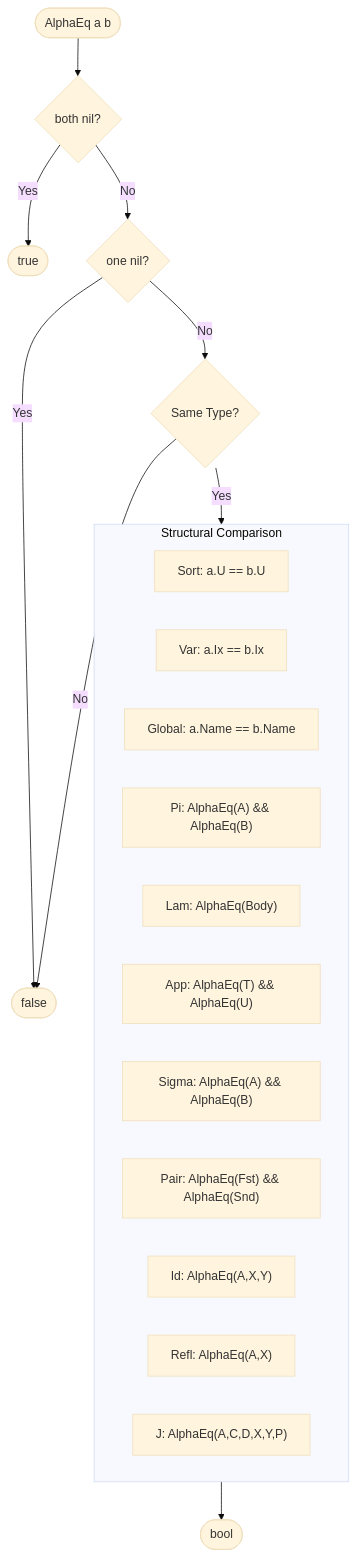
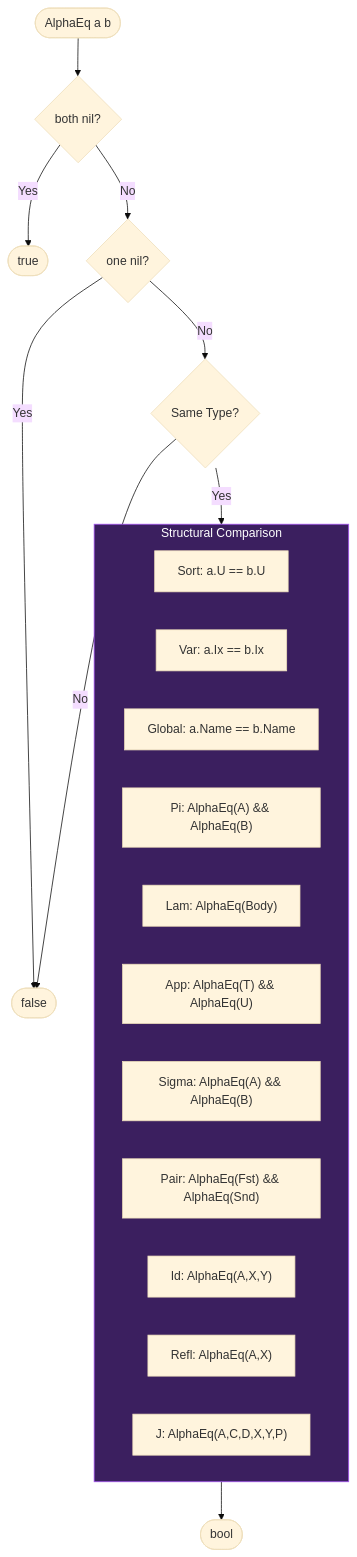
One commit to watchthelight/HypergraphGo changed diagram 18 of 23 in DIAGRAMS.md. Above: the diagram before and after it, drawn with Mermaid (base theme). The commit also changed other lines of this file, not shown here.

First line of the commit message:
docs(diagrams): add master architecture diagram with dark theme

````diff
--- a/DIAGRAMS.md
+++ b/DIAGRAMS.md
@@ -744,28 +1199,30 @@
 ```mermaid
 flowchart TB
     Start([AlphaEq a b]) --> NilCheck{both nil?}
     NilCheck -->|Yes| ReturnTrue([true])
     NilCheck -->|No| OneNil{one nil?}
     OneNil -->|Yes| ReturnFalse([false])
     OneNil -->|No| TypeMatch
 
     TypeMatch{Same Type?}
     TypeMatch -->|No| ReturnFalse
     TypeMatch -->|Yes| Compare
 
     subgraph Compare["Structural Comparison"]
         C1["Sort: a.U == b.U"]
         C2["Var: a.Ix == b.Ix"]
         C3["Global: a.Name == b.Name"]
         C4["Pi: AlphaEq(A) && AlphaEq(B)"]
         C5["Lam: AlphaEq(Body)"]
         C6["App: AlphaEq(T) && AlphaEq(U)"]
         C7["Sigma: AlphaEq(A) && AlphaEq(B)"]
         C8["Pair: AlphaEq(Fst) && AlphaEq(Snd)"]
         C9["Id: AlphaEq(A,X,Y)"]
         C10["Refl: AlphaEq(A,X)"]
         C11["J: AlphaEq(A,C,D,X,Y,P)"]
     end
 
     Compare --> Result([bool])
+
+    style Compare fill:#3b1f5f,stroke:#a855f7,color:#fff
 ```
````
